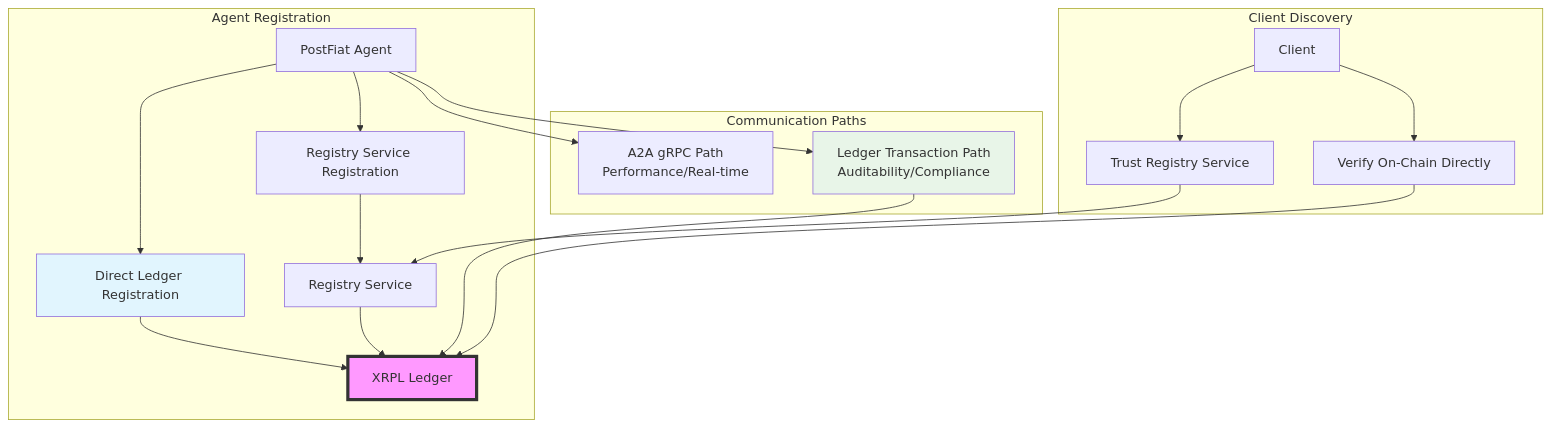
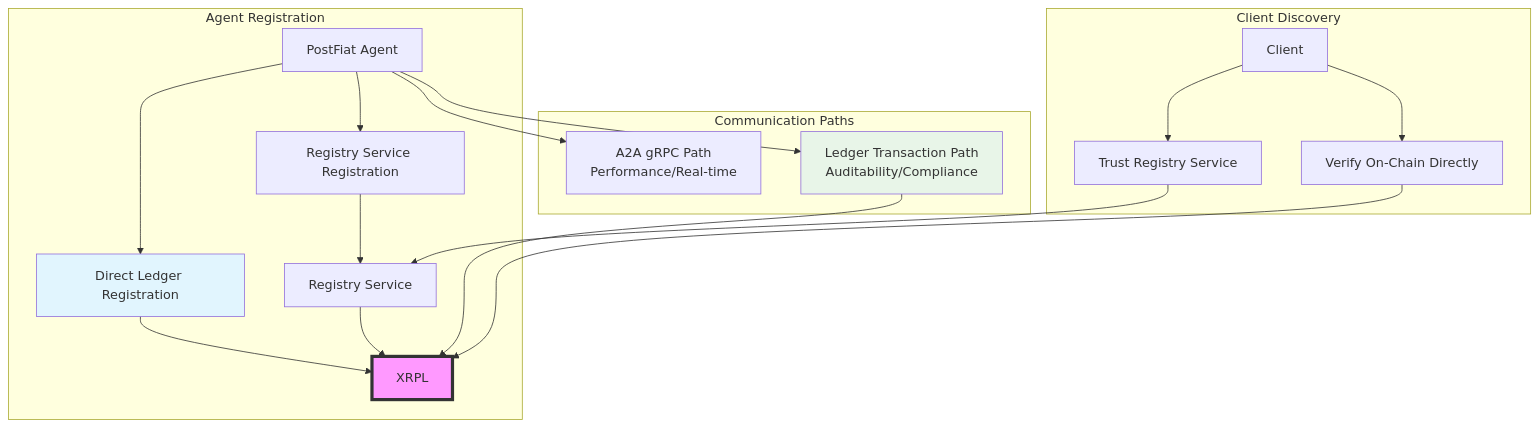
The first of 6 diagrams in docs/research/A2A-SELECTIVE-DISCLOSURE-EXTENSION.md (prometheus88/pfsdk), drawn with Mermaid before and after one commit. The commit also changed other lines of this file and 3 other files, not shown here.

First line of the commit message:
Fix mermaid diagram syntax for v10.6.1 compatibility

````diff
--- a/docs/research/A2A-SELECTIVE-DISCLOSURE-EXTENSION.md
+++ b/docs/research/A2A-SELECTIVE-DISCLOSURE-EXTENSION.md
@@ -36,38 +36,38 @@
 ```mermaid
 graph TB
     subgraph "Agent Registration"
         Agent[PostFiat Agent]
         DirectReg[Direct Ledger Registration]
         RegistryReg[Registry Service Registration]
 
         Agent --> DirectReg
         Agent --> RegistryReg
         DirectReg --> XRPL[XRPL Ledger]
         RegistryReg --> Registry[Registry Service]
-        Registry --> XRPL
+        Registry --> XRPL[XRPL]
     end
 
     subgraph "Communication Paths"
-        A2APath[A2A gRPC Path<br/>Performance/Real-time]
-        LedgerPath[Ledger Transaction Path<br/>Auditability/Compliance]
+        A2APath["A2A gRPC Path<br/>Performance/Real-time"]
+        LedgerPath["Ledger Transaction Path<br/>Auditability/Compliance"]
 
         Agent --> A2APath
         Agent --> LedgerPath
-        LedgerPath --> XRPL
+        LedgerPath --> XRPL[XRPL]
     end
 
     subgraph "Client Discovery"
         Client[Client]
         TrustRegistry[Trust Registry Service]
         VerifyDirect[Verify On-Chain Directly]
 
         Client --> TrustRegistry
         Client --> VerifyDirect
         TrustRegistry --> Registry
-        VerifyDirect --> XRPL
+        VerifyDirect --> XRPL[XRPL]
     end
 
     style XRPL fill:#f9f,stroke:#333,stroke-width:4px
     style DirectReg fill:#e1f5fe
     style LedgerPath fill:#e8f5e8
 ```
````
